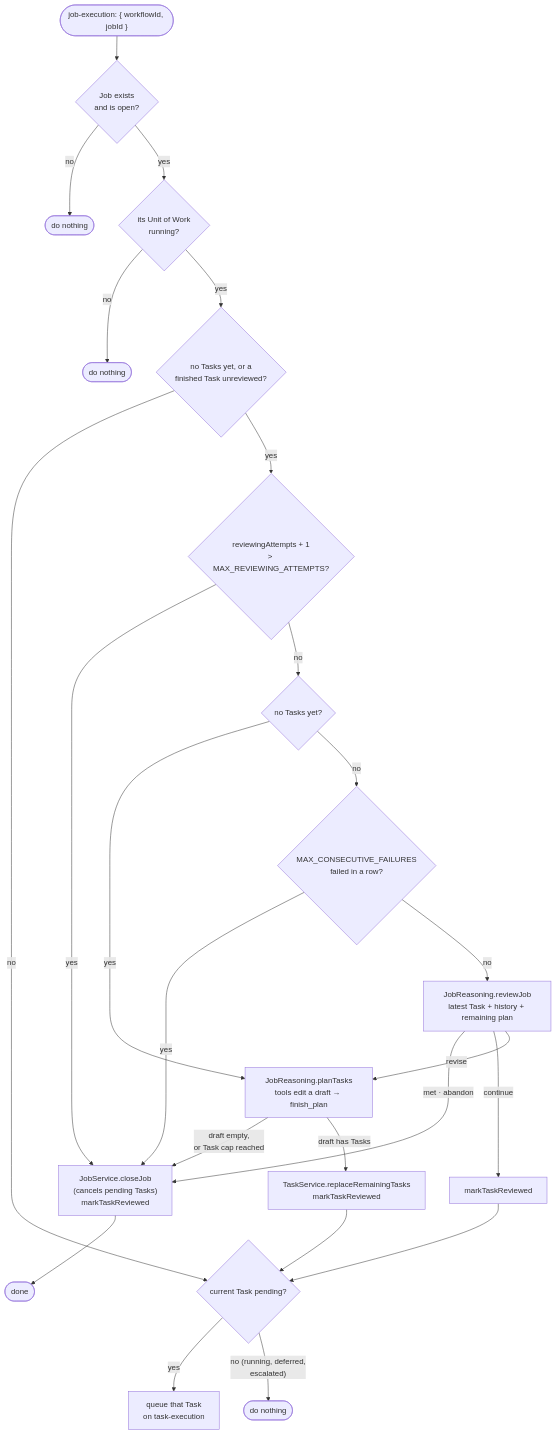
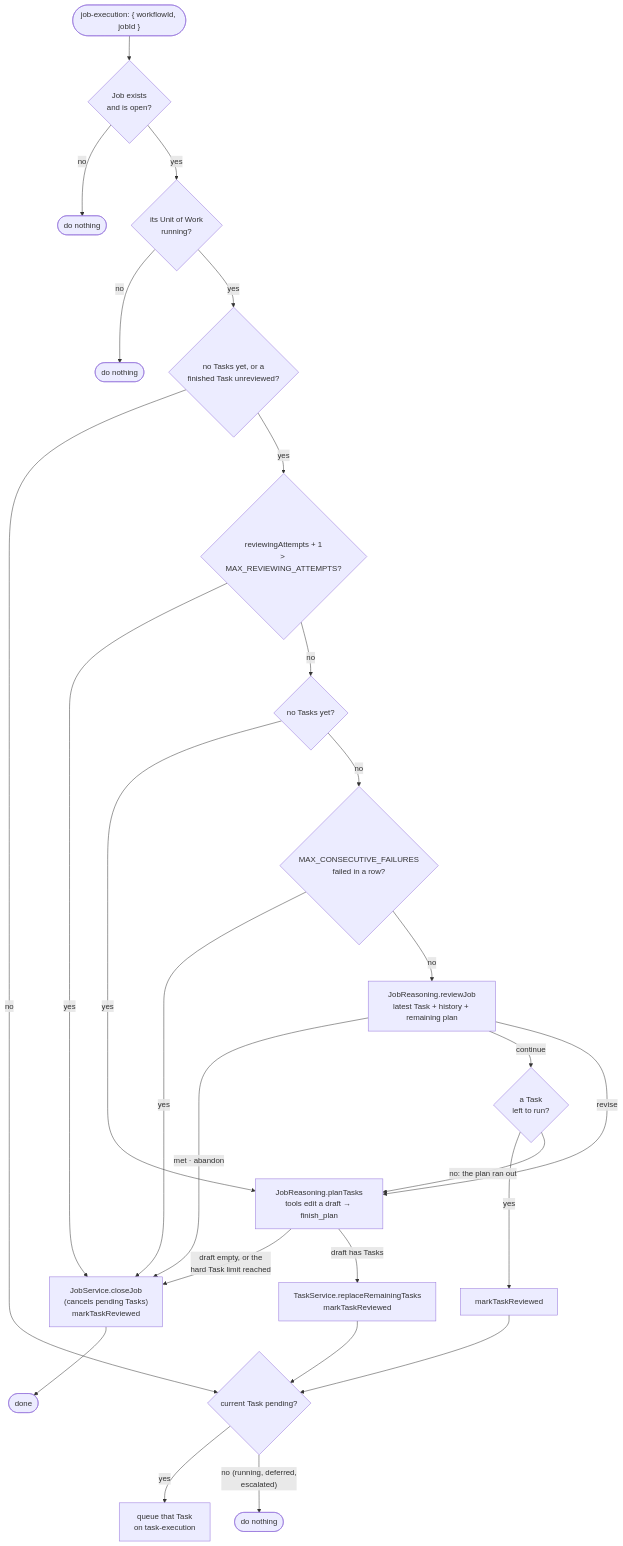
The third of 5 diagrams in packages/backend/src/governance/processors/tech-spec.md (BaraaSoft/agentcores), drawn with Mermaid before and after one commit. The commit also changed other lines of this file and 69 other files, not shown here.

````diff
--- a/packages/backend/src/governance/processors/tech-spec.md
+++ b/packages/backend/src/governance/processors/tech-spec.md
@@ -209,23 +219,25 @@
 ```mermaid
 flowchart TD
     Start(["job-execution: { workflowId, jobId }"]) --> Open{"Job exists<br/>and is open?"}
     Open -- no --> Stop2(["do nothing"])
     Open -- yes --> Running{"its Unit of Work<br/>running?"}
     Running -- no --> Stop1(["do nothing"])
     Running -- yes --> Needs{"no Tasks yet, or a<br/>finished Task unreviewed?"}
     Needs -- no --> Current
     Needs -- yes --> Attempts{"reviewingAttempts + 1<br/>> MAX_REVIEWING_ATTEMPTS?"}
     Attempts -- yes --> Close
     Attempts -- no --> Kind{"no Tasks yet?"}
     Kind -- yes --> Plan
     Kind -- no --> Streak{"MAX_CONSECUTIVE_FAILURES<br/>failed in a row?"}
     Streak -- yes --> Close
     Streak -- no --> Review["JobReasoning.reviewJob<br/>latest Task + history + remaining plan"]
     Review -- "met · abandon" --> Close
-    Review -- "continue" --> Reviewed["markTaskReviewed"] --> Current
+    Review -- "continue" --> Left{"a Task<br/>left to run?"}
+    Left -- yes --> Reviewed["markTaskReviewed"] --> Current
+    Left -- "no: the plan ran out" --> Plan
     Review -- "revise" --> Plan["JobReasoning.planTasks<br/>tools edit a draft → finish_plan"]
-    Plan -- "draft empty,<br/>or Task cap reached" --> Close["JobService.closeJob<br/>(cancels pending Tasks)<br/>markTaskReviewed"] --> Stop3(["done"])
+    Plan -- "draft empty, or the<br/>hard Task limit reached" --> Close["JobService.closeJob<br/>(cancels pending Tasks)<br/>markTaskReviewed"] --> Stop3(["done"])
     Plan -- "draft has Tasks" --> Replace["TaskService.replaceRemainingTasks<br/>markTaskReviewed"] --> Current
     Current{"current Task pending?"} -- yes --> Queue["queue that Task<br/>on task-execution"]
     Current -- "no (running, deferred,<br/>escalated)" --> Stop4(["do nothing"])
 ```
````
